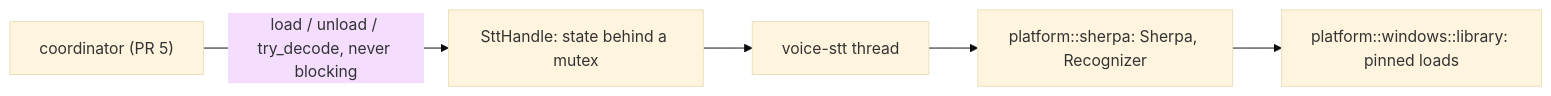
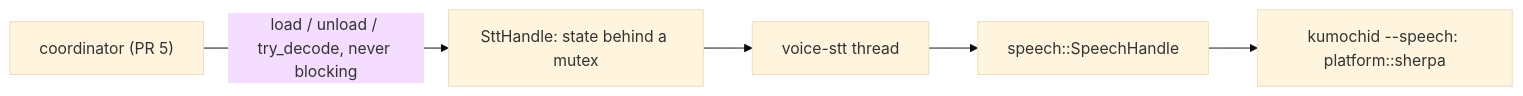
The third of 4 diagrams in docs/development/voice.md (labcoder/capsula), drawn with Mermaid (base theme) before and after one commit. The commit also changed other lines of this file and 3 other files, not shown here.

````diff
--- a/docs/development/voice.md
+++ b/docs/development/voice.md
@@ -153,7 +154,7 @@
 ```mermaid
 flowchart LR
   C["coordinator (PR 5)"] -->|"load / unload / try_decode, never blocking"| H["SttHandle: state behind a mutex"]
   H --> T["voice-stt thread"]
-  T --> S["platform::sherpa: Sherpa, Recognizer"]
-  S --> L["platform::windows::library: pinned loads"]
+  T --> S["speech::SpeechHandle"]
+  S --> W["kumochid --speech: platform::sherpa"]
 ```
````
